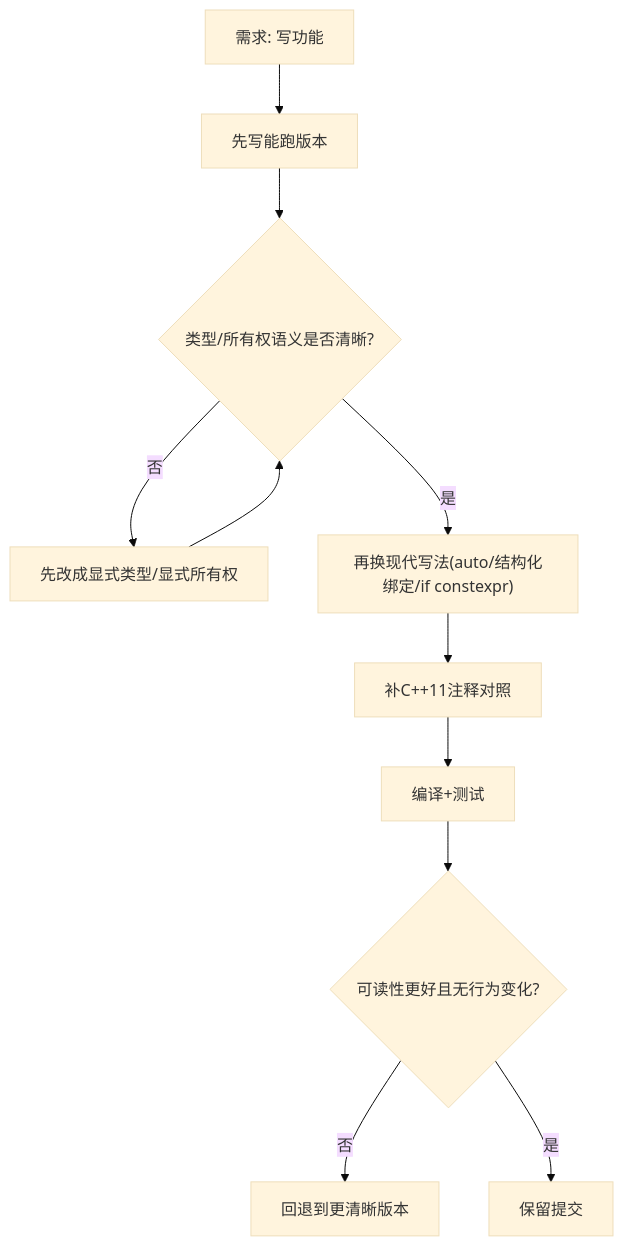
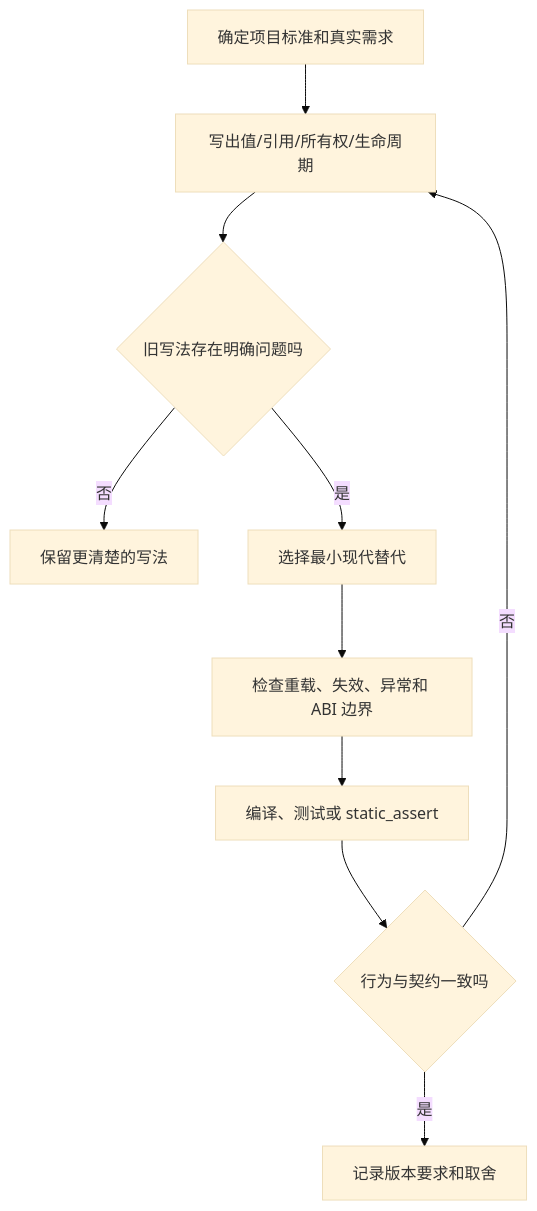
The diagram in Modern_CPP_Features_Deep_Dive.md (mlbo/cpp_learning), drawn with Mermaid (base theme) before and after one commit. The commit also changed other lines of this file and 675 other files, not shown here.

````diff
--- a/Modern_CPP_Features_Deep_Dive.md
+++ b/Modern_CPP_Features_Deep_Dive.md
@@ -570,13 +228,12 @@
 ```mermaid
 flowchart TD
-    A["需求: 写功能"] --> B["先写能跑版本"]
-    B --> C{"类型/所有权语义是否清晰?"}
-    C -- "否" --> B1["先改成显式类型/显式所有权"]
-    B1 --> C
-    C -- "是" --> D["再换现代写法(auto/结构化绑定/if constexpr)"]
-    D --> E["补C++11注释对照"]
-    E --> F["编译+测试"]
-    F --> G{"可读性更好且无行为变化?"}
-    G -- "否" --> H["回退到更清晰版本"]
-    G -- "是" --> I["保留提交"]
+    A[确定项目标准和真实需求] --> B[写出值/引用/所有权/生命周期]
+    B --> C{旧写法存在明确问题吗}
+    C -- 否 --> D[保留更清楚的写法]
+    C -- 是 --> E[选择最小现代替代]
+    E --> F[检查重载、失效、异常和 ABI 边界]
+    F --> G[编译、测试或 static_assert]
+    G --> H{行为与契约一致吗}
+    H -- 否 --> B
+    H -- 是 --> I[记录版本要求和取舍]
 ```
````
